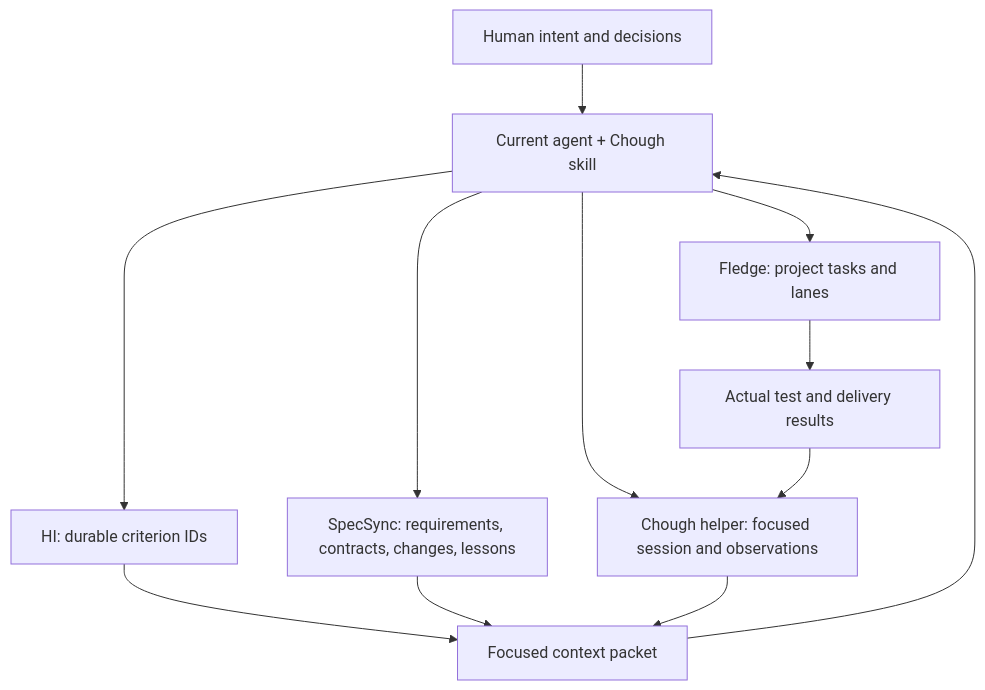
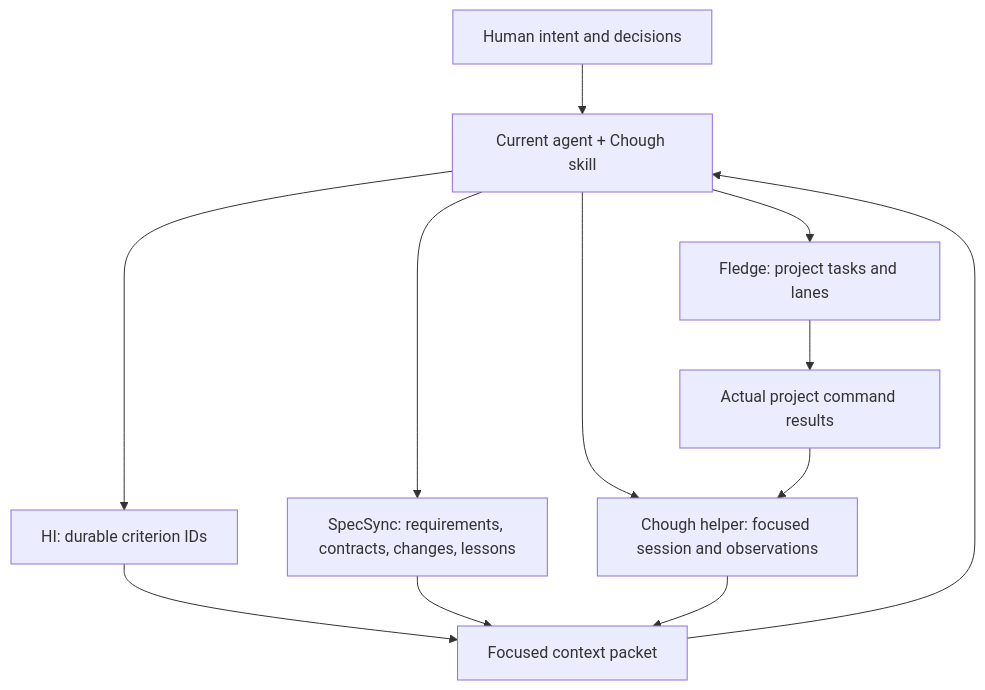
One commit to CorvidLabs/chough changed the diagram in docs/diagrams/ownership.mmd. Above: the diagram before and after it, drawn with Mermaid. The commit also changed 14 other files, not shown here.

```diff
--- a/docs/diagrams/ownership.mmd
+++ b/docs/diagrams/ownership.mmd
@@ -1,12 +1,12 @@
 flowchart TB
     human["Human intent and decisions"] --> agent["Current agent + Chough skill"]
     agent --> hi["HI: durable criterion IDs"]
     agent --> spec["SpecSync: requirements, contracts, changes, lessons"]
     agent --> fledge["Fledge: project tasks and lanes"]
     agent --> helper["Chough helper: focused session and observations"]
     hi --> context["Focused context packet"]
     spec --> context
     helper --> context
     context --> agent
-    fledge --> results["Actual test and delivery results"]
+    fledge --> results["Actual project command results"]
     results --> helper
```
